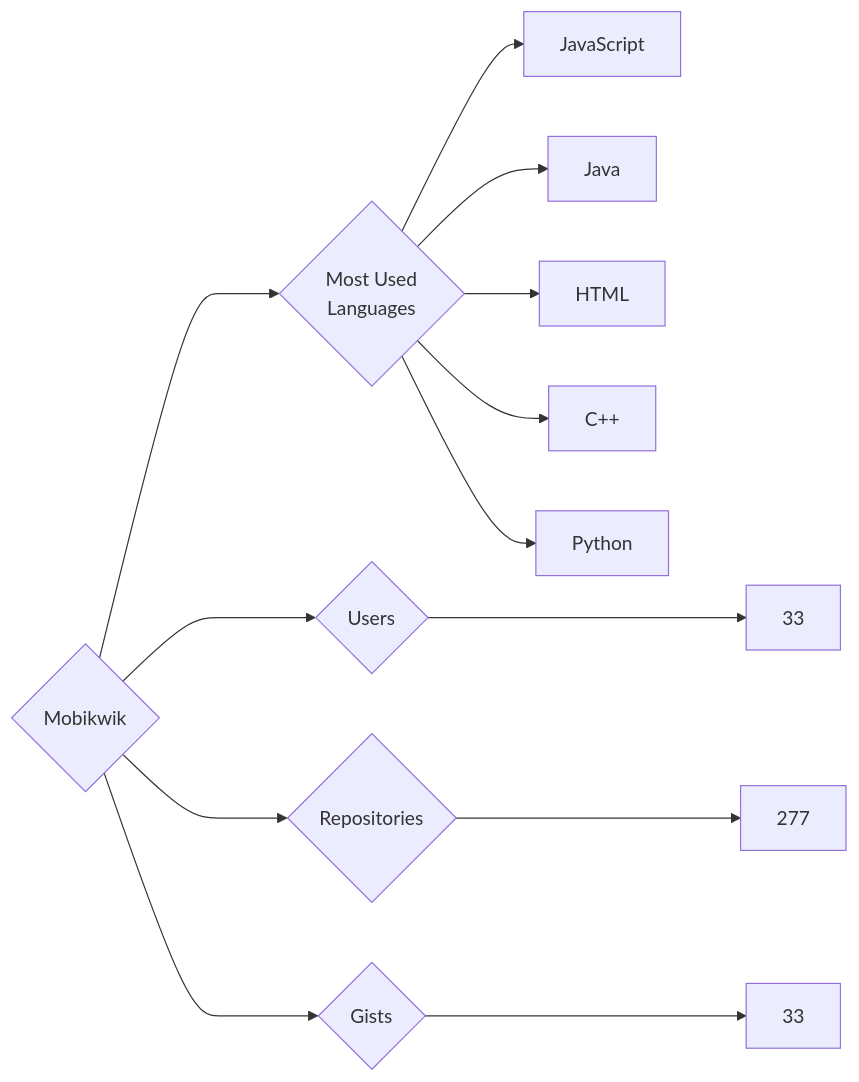
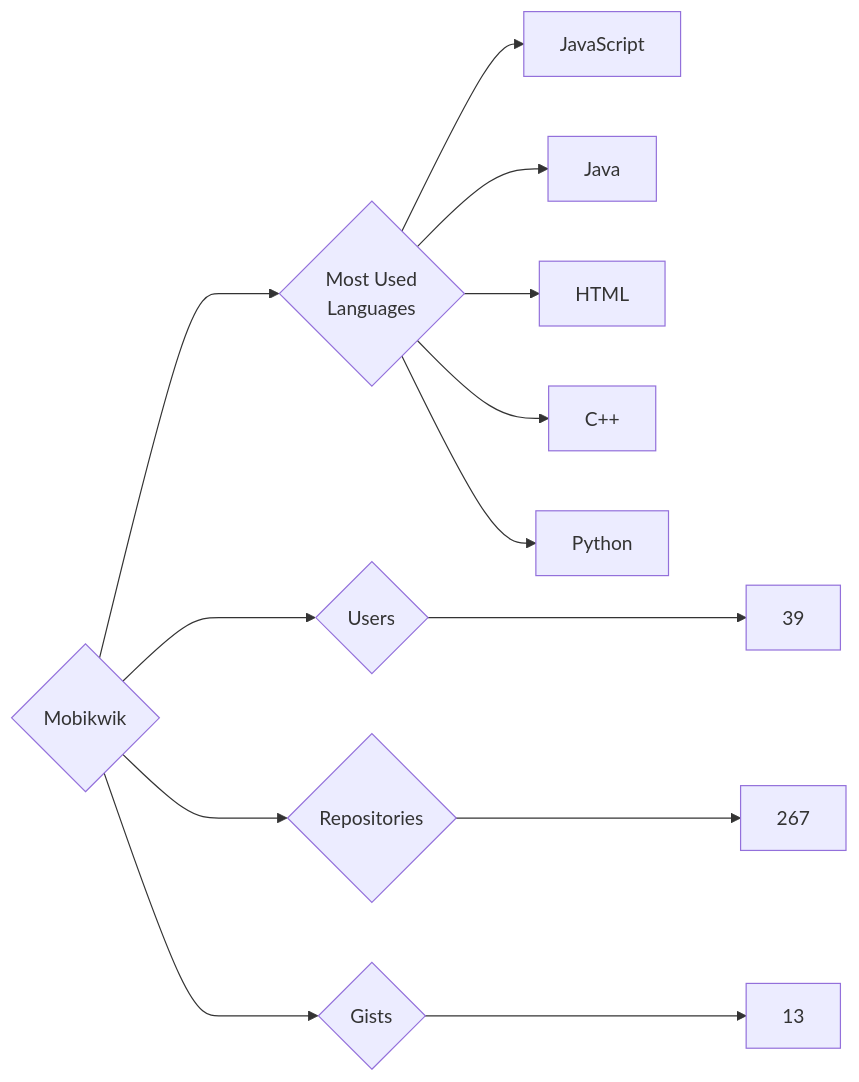
One commit to trickest/insiders changed the diagram in targets/Mobikwik/README.md. Above: the diagram before and after it, drawn with Mermaid. The commit also changed 939 other files, not shown here.

````diff
--- a/targets/Mobikwik/README.md
+++ b/targets/Mobikwik/README.md
@@ -3,13 +3,13 @@
 ```mermaid
 graph LR
 COMPANY_NAME{Mobikwik}
-COMPANY_NAME ---> U{Users} ---> UN[33]
-COMPANY_NAME ---> R{Repositories} ---> RN[277]
-COMPANY_NAME ---> G{Gists} ---> GN[33]
+COMPANY_NAME ---> U{Users} ---> UN[39]
+COMPANY_NAME ---> R{Repositories} ---> RN[267]
+COMPANY_NAME ---> G{Gists} ---> GN[13]
 COMPANY_NAME ---> ML{Most Used<br>Languages}
 ML --> JavaScript[JavaScript]
 ML --> Java[Java]
 ML --> HTML[HTML]
 ML --> C++[C++]
 ML --> Python[Python]
 ```
````
